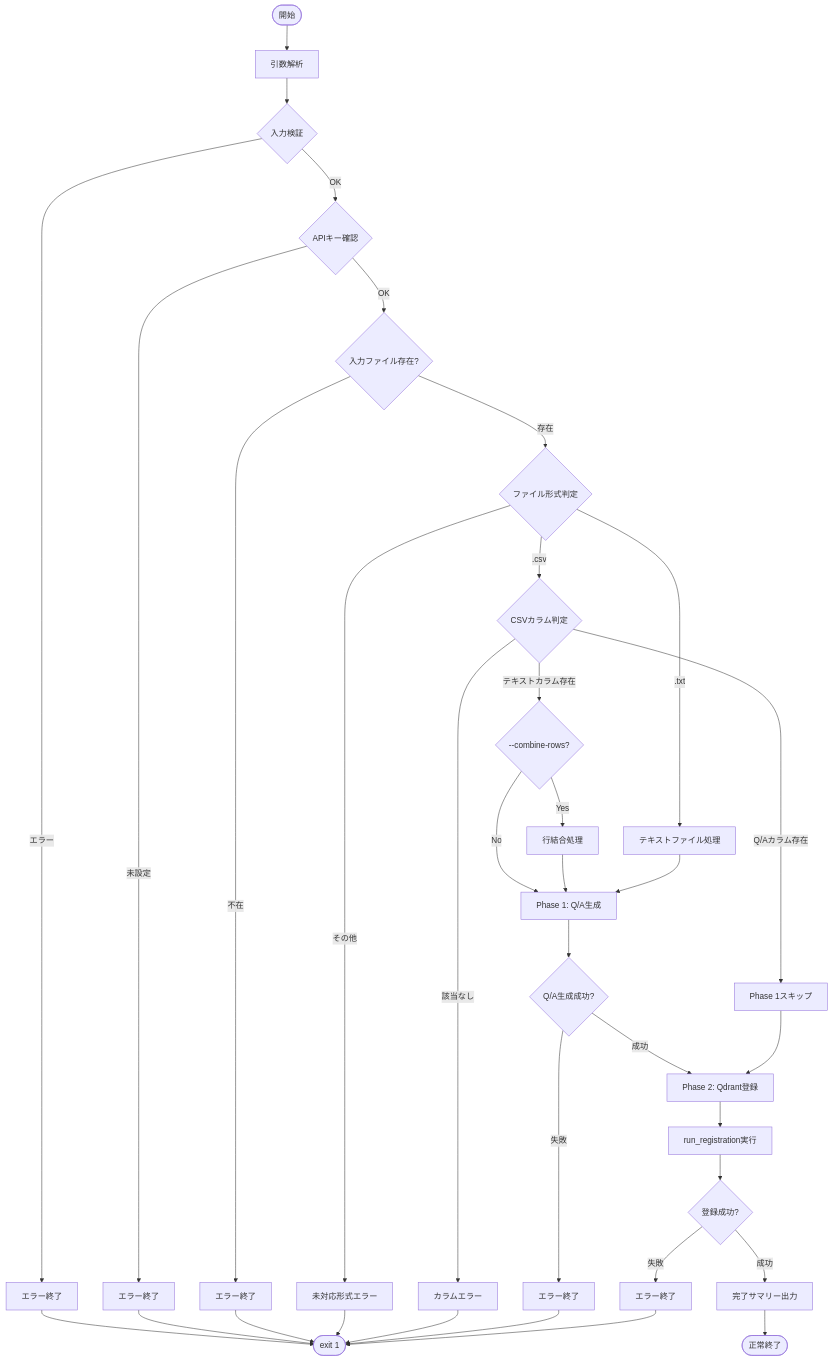
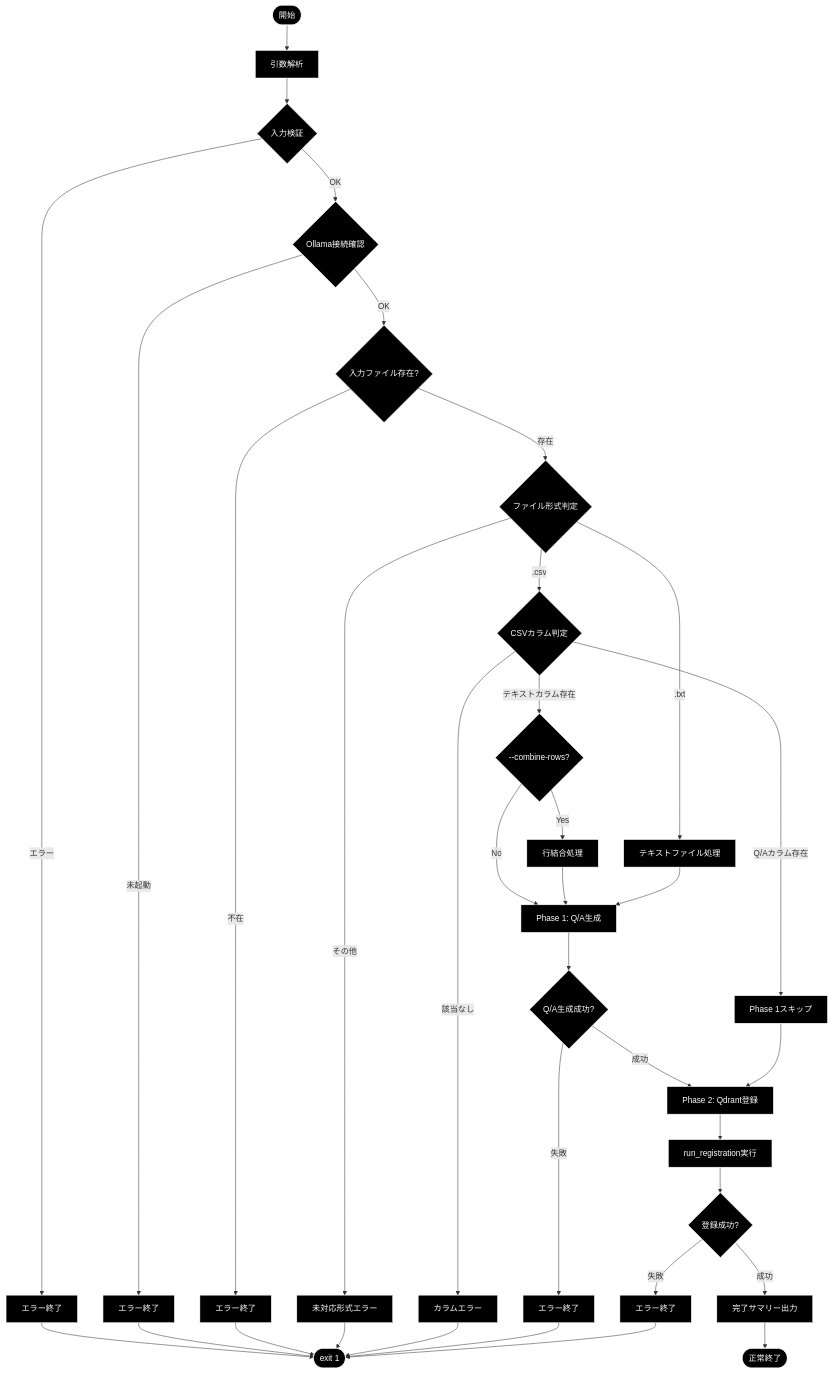
Before and after one commit to nakashima2toshio/ollama_grace_agent_v2: the fourth of 4 diagrams in qa_qdrant/doc/make_qa_register_qdrant.md, drawn with Mermaid. The commit also changed other lines of this file and 12 other files, not shown here.

````diff
--- a/qa_qdrant/doc/make_qa_register_qdrant.md
+++ b/qa_qdrant/doc/make_qa_register_qdrant.md
@@ -582,46 +606,49 @@
 ```mermaid
 flowchart TD
     START([開始]) --> PARSE[引数解析]
     PARSE --> VALIDATE{入力検証}
     VALIDATE -->|エラー| ERROR1[エラー終了]
-    VALIDATE -->|OK| CHECK_KEY{APIキー確認}
+    VALIDATE -->|OK| CHECK_KEY{Ollama接続確認}
 
-    CHECK_KEY -->|未設定| ERROR2[エラー終了]
+    CHECK_KEY -->|未起動| ERROR2[エラー終了]
     CHECK_KEY -->|OK| CHECK_FILE{入力ファイル存在?}
 
     CHECK_FILE -->|不在| ERROR3[エラー終了]
     CHECK_FILE -->|存在| DETECT_TYPE{ファイル形式判定}
 
     DETECT_TYPE -->|.txt| TXT_FLOW[テキストファイル処理]
     DETECT_TYPE -->|.csv| CSV_CHECK{CSVカラム判定}
     DETECT_TYPE -->|その他| ERROR4[未対応形式エラー]
 
     CSV_CHECK -->|Q/Aカラム存在| SKIP_QA[Phase 1スキップ]
     CSV_CHECK -->|テキストカラム存在| COMBINE_CHECK{--combine-rows?}
     CSV_CHECK -->|該当なし| ERROR5[カラムエラー]
 
     COMBINE_CHECK -->|Yes| COMBINE[行結合処理]
     COMBINE_CHECK -->|No| QA_GEN
     COMBINE --> QA_GEN
 
     TXT_FLOW --> QA_GEN[Phase 1: Q/A生成]
     QA_GEN --> CHECK_QA{Q/A生成成功?}
     CHECK_QA -->|失敗| ERROR6[エラー終了]
     CHECK_QA -->|成功| PHASE2
 
     SKIP_QA --> PHASE2[Phase 2: Qdrant登録]
     PHASE2 --> RUN_REG[run_registration実行]
     RUN_REG --> CHECK_REG{登録成功?}
 
     CHECK_REG -->|失敗| ERROR7[エラー終了]
     CHECK_REG -->|成功| SUMMARY[完了サマリー出力]
     SUMMARY --> END([正常終了])
 
     ERROR1 --> EXIT1([exit 1])
     ERROR2 --> EXIT1
     ERROR3 --> EXIT1
     ERROR4 --> EXIT1
     ERROR5 --> EXIT1
     ERROR6 --> EXIT1
     ERROR7 --> EXIT1
+classDef default fill:#000,stroke:#fff,color:#fff
+classDef subgraphStyle fill:#1a1a1a,stroke:#fff,color:#fff
+class START,PARSE,VALIDATE,ERROR1,CHECK_KEY,ERROR2,CHECK_FILE,ERROR3,DETECT_TYPE,TXT_FLOW,CSV_CHECK,ERROR4,SKIP_QA,COMBINE_CHECK,ERROR5,COMBINE,QA_GEN,CHECK_QA,ERROR6,PHASE2,RUN_REG,CHECK_REG,ERROR7,SUMMARY,END,EXIT1 default
 ```
````
